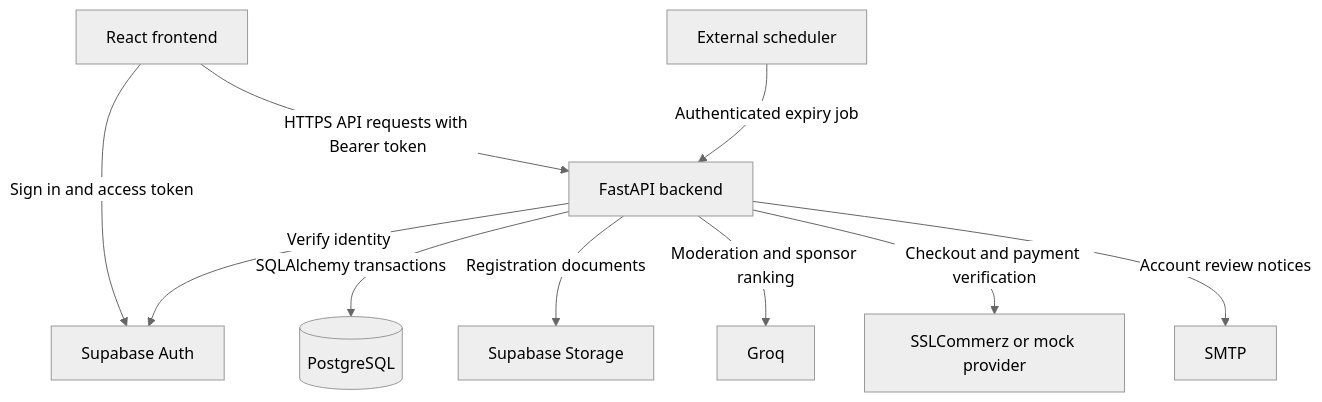
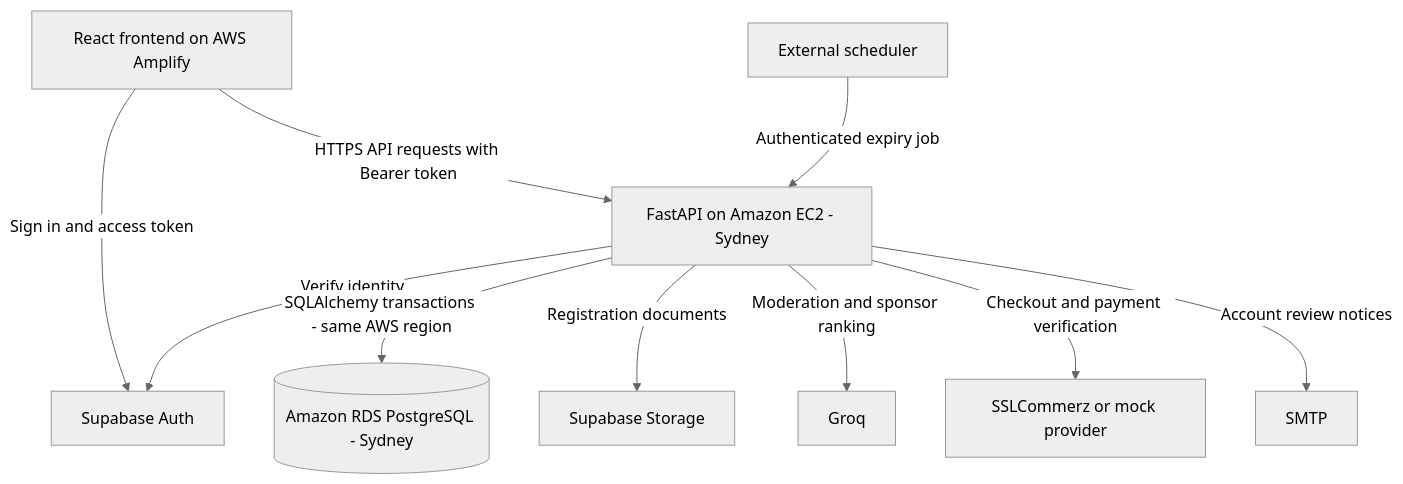
The diagram in README.md (Ab-bijoy/MissingPiece), drawn with Mermaid (neutral theme) before and after one commit. The commit also changed other lines of this file and 59 other files, not shown here.

````diff
--- a/README.md
+++ b/README.md
@@ -113,12 +118,12 @@
 ```mermaid
 flowchart TD
-    Browser[React frontend] -->|Sign in and access token| Auth[Supabase Auth]
-    Browser -->|HTTPS API requests with Bearer token| API[FastAPI backend]
+    Browser[React frontend on AWS Amplify] -->|Sign in and access token| Auth[Supabase Auth]
+    Browser -->|HTTPS API requests with Bearer token| API[FastAPI on Amazon EC2 - Sydney]
     API -->|Verify identity| Auth
-    API -->|SQLAlchemy transactions| DB[(PostgreSQL)]
+    API -->|SQLAlchemy transactions - same AWS region| DB[(Amazon RDS PostgreSQL - Sydney)]
     API -->|Registration documents| Storage[Supabase Storage]
     API -->|Moderation and sponsor ranking| AI[Groq]
     API -->|Checkout and payment verification| Gateway[SSLCommerz or mock provider]
     API -->|Account review notices| Email[SMTP]
     Scheduler[External scheduler] -->|Authenticated expiry job| API
 ```
````
